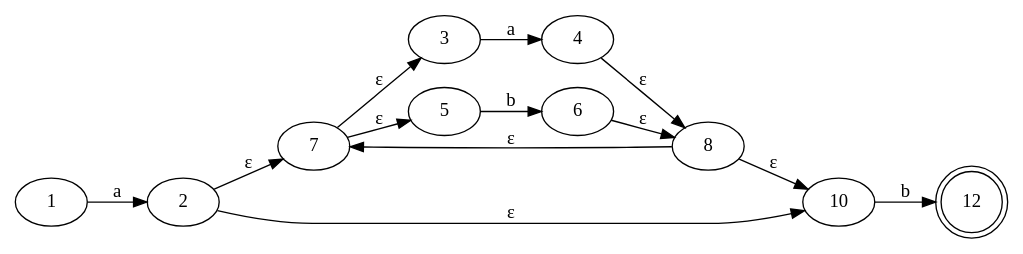
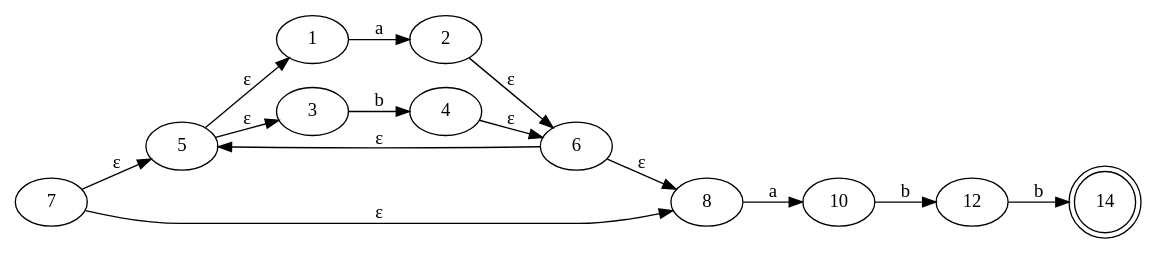
One commit to rmonzon98/Dise-o-de-lenguajes changed the diagram in graficas/Thompson.gv. Above: the diagram before and after it, drawn with Graphviz. The commit also changed 7 other files, not shown here.

```diff
--- a/graficas/Thompson.gv
+++ b/graficas/Thompson.gv
@@ -1,25 +1,27 @@
 digraph Automata {
 	rankdir=LR
+	5 [label=5]
 	1 [label=1]
+	3 [label=3]
 	2 [label=2]
-	7 [label=7]
-	3 [label=3]
-	5 [label=5]
 	4 [label=4]
 	6 [label=6]
+	7 [label=7]
 	8 [label=8]
 	10 [label=10]
-	12 [label=12 shape=doublecircle]
+	12 [label=12]
+	14 [label=14 shape=doublecircle]
+	5 -> 1 [label="ε"]
+	5 -> 3 [label="ε"]
 	1 -> 2 [label=a]
-	7 -> 3 [label="ε"]
+	3 -> 4 [label=b]
+	2 -> 6 [label="ε"]
+	4 -> 6 [label="ε"]
 	7 -> 5 [label="ε"]
-	3 -> 4 [label=a]
-	5 -> 6 [label=b]
-	4 -> 8 [label="ε"]
+	7 -> 8 [label="ε"]
 	6 -> 8 [label="ε"]
-	8 -> 10 [label="ε"]
-	8 -> 7 [label="ε"]
-	2 -> 7 [label="ε"]
-	2 -> 10 [label="ε"]
+	6 -> 5 [label="ε"]
+	8 -> 10 [label=a]
 	10 -> 12 [label=b]
+	12 -> 14 [label=b]
 }
```
